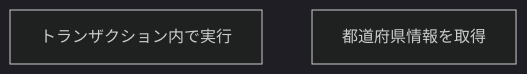
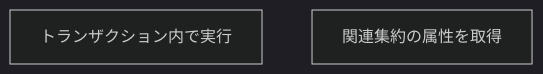
Before and after one commit to Tomy-ch/go-boilerplate: the fourth of 6 diagrams in internal/usecase/README.ja.md, drawn with Mermaid (dark theme). The commit also changed other lines of this file and 23 other files, not shown here.

````diff
--- a/internal/usecase/README.ja.md
+++ b/internal/usecase/README.ja.md
@@ -126,5 +126,5 @@
 ```mermaid
 flowchart TB
     A["トランザクション内で実行"]
-    B["都道府県情報を取得"]
+    B["関連集約の属性を取得"]
 ```
````
